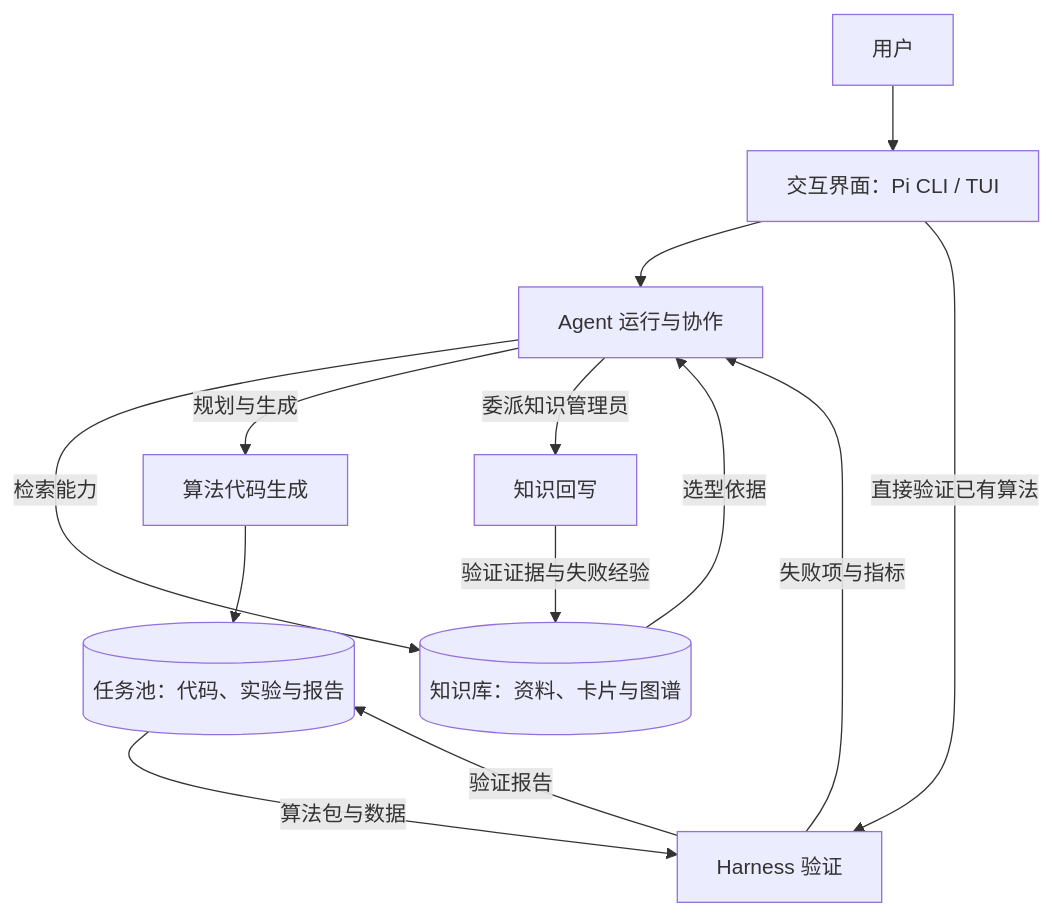
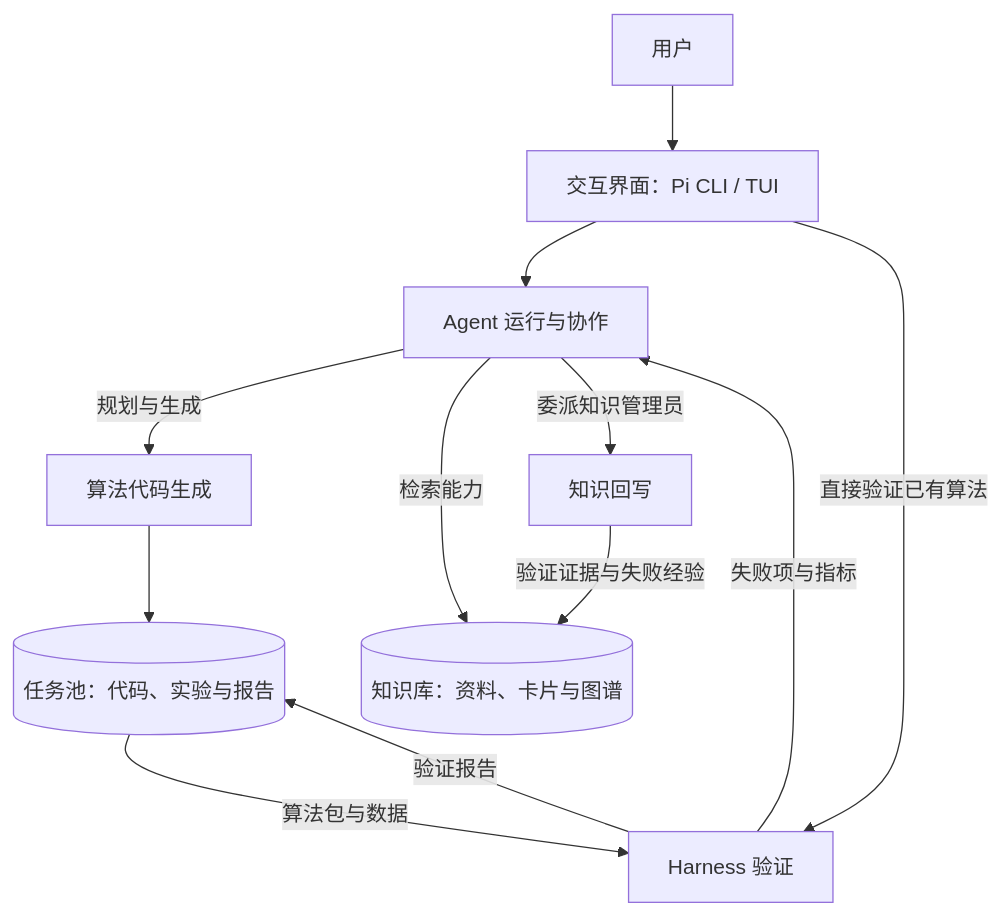
The first of 3 diagrams in README.md (1bai1/ai-algorithm-capability-factory), drawn with Mermaid before and after one commit.

Commit message:
README §2.1 架构图按新顺序重排：规划与生成提到检索之前，边的声明顺序影响 dagre 的交叉最小化

````diff
--- a/README.md
+++ b/README.md
@@ -47,15 +47,14 @@
 ```mermaid
 flowchart TB
     U[用户] --> I[交互界面：Pi CLI / TUI]
     I --> A[Agent 运行与协作]
+    A -->|规划与生成| G[算法代码生成]
     A -->|检索能力| K[(知识库：资料、卡片与图谱)]
-    K -->|选型依据| A
-    A -->|规划与生成| G[算法代码生成]
     G --> T[(任务池：代码、实验与报告)]
     T -->|算法包与数据| H[Harness 验证]
     H -->|验证报告| T
     H -->|失败项与指标| A
     A -->|委派知识管理员| C[知识回写]
     C -->|验证证据与失败经验| K
     I -->|直接验证已有算法| H
 ```
````
